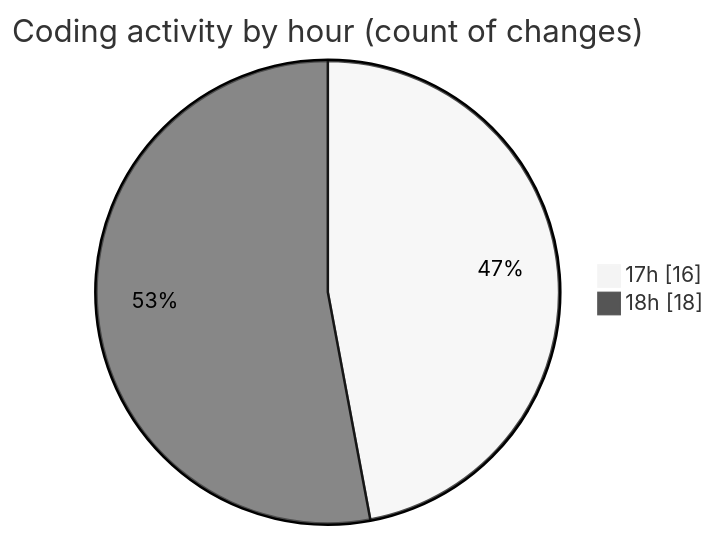
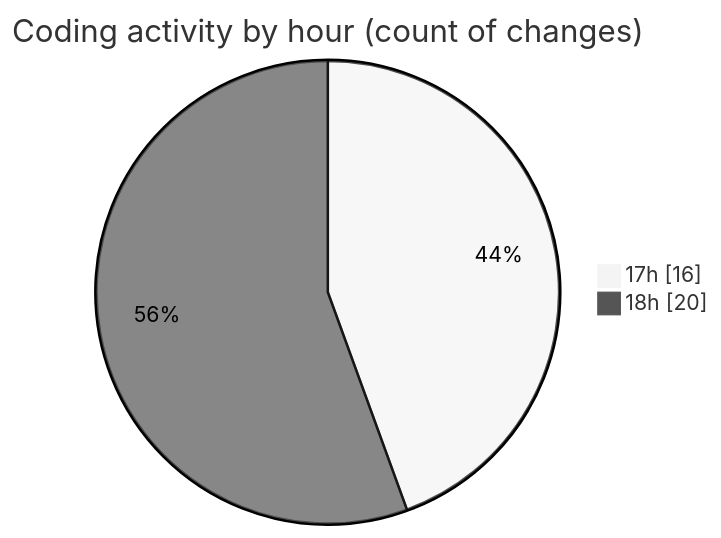
Before and after one commit to robertbonfada/code-tracking: the second of 2 diagrams in 2025-02-28/audiobooks-web/README.md, drawn with Mermaid (neutral theme). The commit also changed other lines of this file and 1 other file, not shown here.

````diff
--- a/2025-02-28/audiobooks-web/README.md
+++ b/2025-02-28/audiobooks-web/README.md
@@ -42,6 +42,6 @@
 ```mermaid
 pie showData
 title Coding activity by hour (count of changes)
 "17h" : 16
-"18h" : 18
+"18h" : 20
 ```
````
